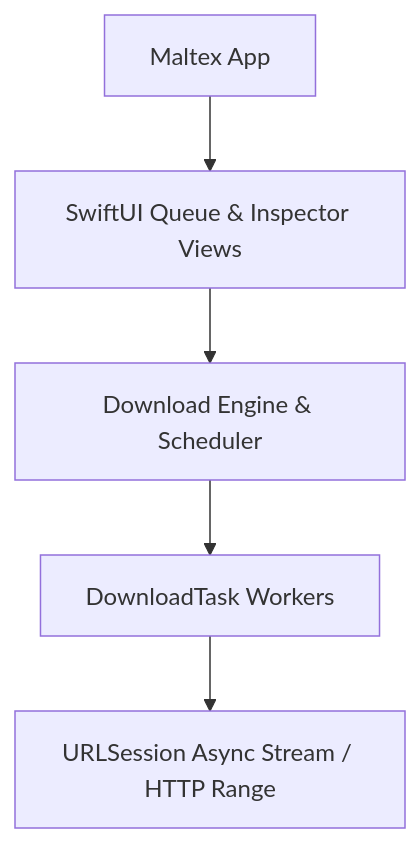
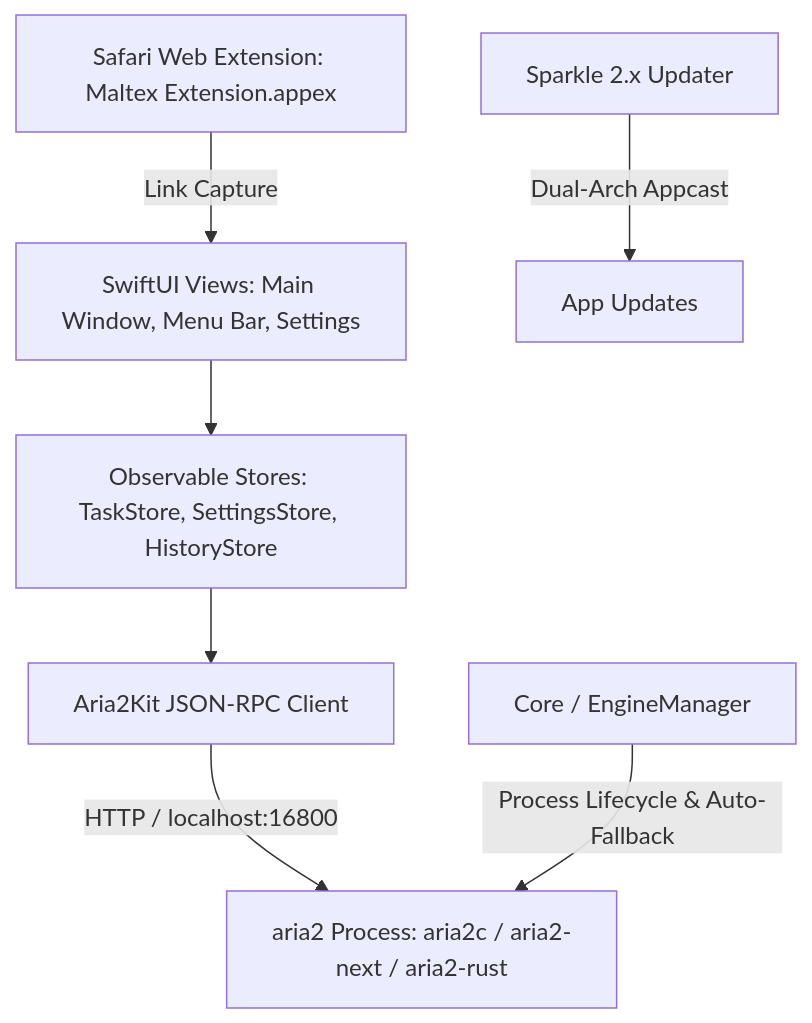
Before and after one commit to SteveShi/Maltex: the diagram in brain/architecture.md, drawn with Mermaid. The commit also changed other lines of this file and 6 other files, not shown here.

````diff
--- a/brain/architecture.md
+++ b/brain/architecture.md
@@ -10,7 +10,9 @@
 ```mermaid
 graph TD
-    App[Maltex App] --> Views[SwiftUI Queue & Inspector Views]
-    Views --> Engine[Download Engine & Scheduler]
-    Engine --> Tasks[DownloadTask Workers]
-    Tasks --> Net[URLSession Async Stream / HTTP Range]
+    UI[SwiftUI Views: Main Window, Menu Bar, Settings] --> Stores[Observable Stores: TaskStore, SettingsStore, HistoryStore]
+    Stores --> RPC[Aria2Kit JSON-RPC Client]
+    RPC -->|HTTP / localhost:16800| Engine[aria2 Process: aria2c / aria2-next / aria2-rust]
+    EngineManager[Core / EngineManager] -->|Process Lifecycle & Auto-Fallback| Engine
+    SafariExt[Safari Web Extension: Maltex Extension.appex] -->|Link Capture| UI
+    Sparkle[Sparkle 2.x Updater] -->|Dual-Arch Appcast| AppUpdate[App Updates]
 ```
````
